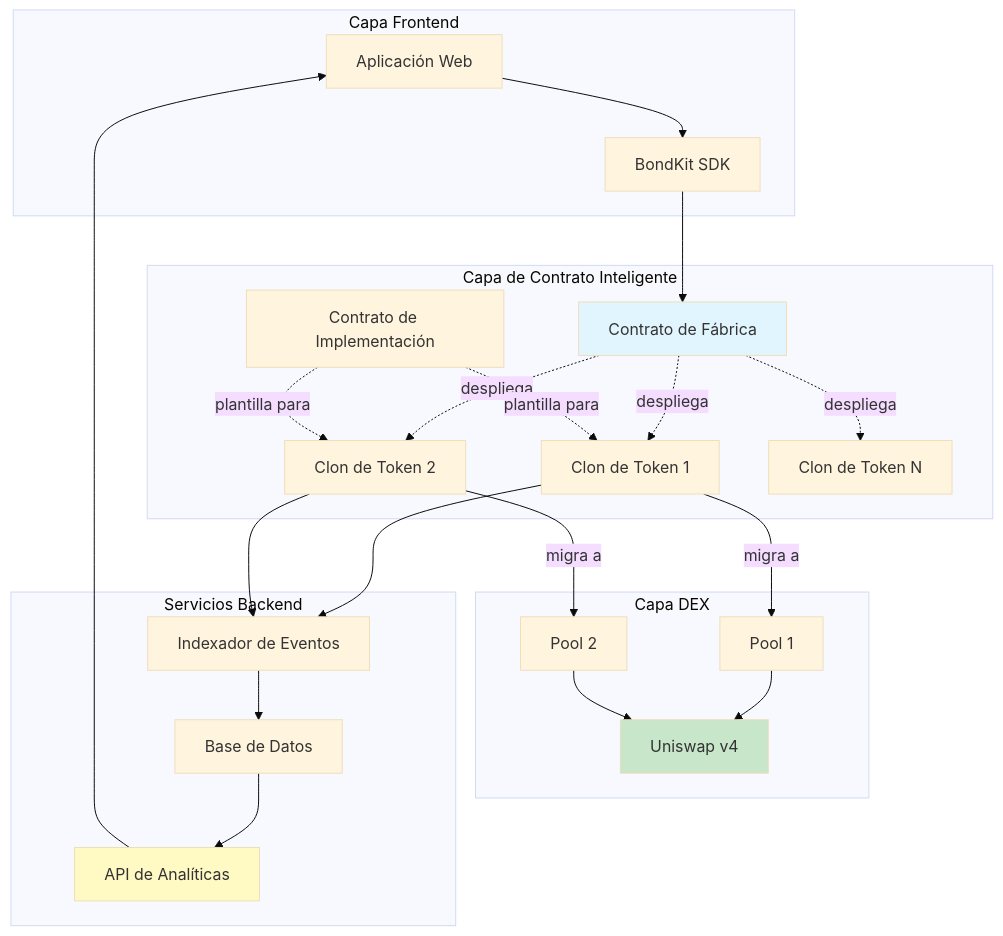
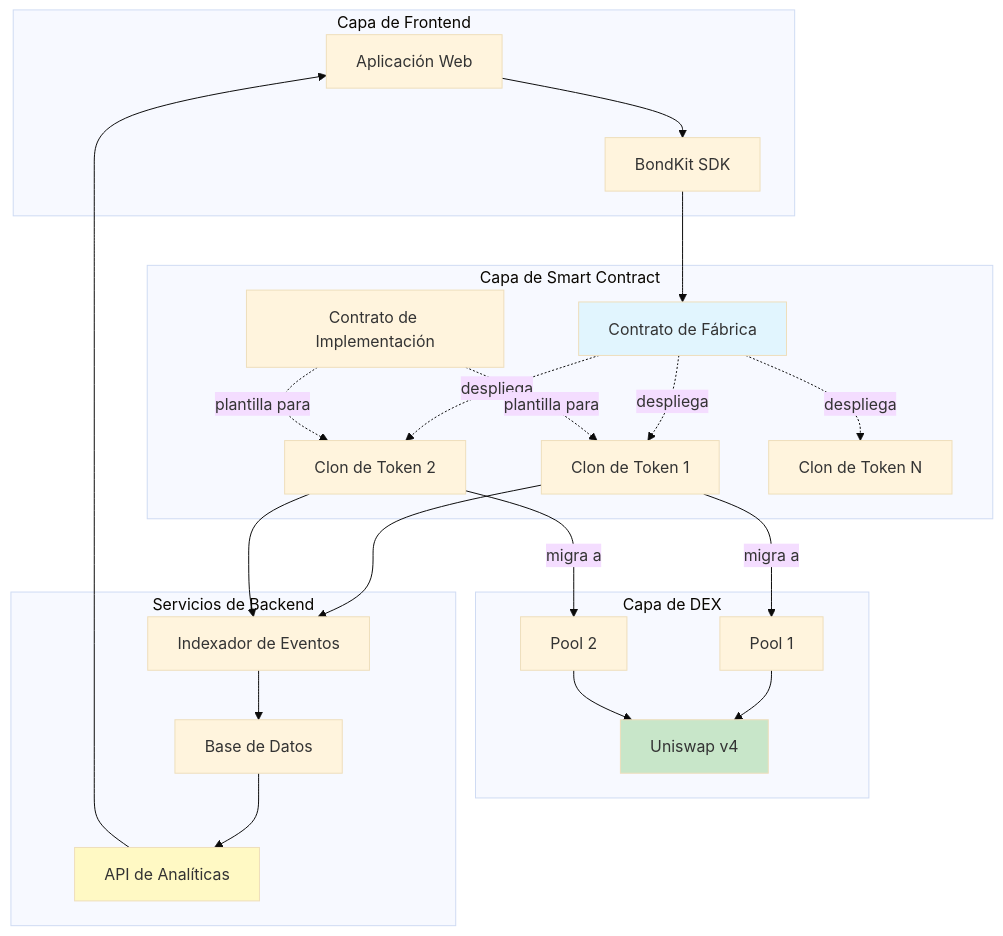
Before and after one commit to b3-fun/b3: the diagram in docs/es/bondkit/how-it-works.mdx, drawn with Mermaid (base theme). The commit also changed other lines of this file and 52 other files, not shown here.

````diff
--- a/docs/es/bondkit/how-it-works.mdx
+++ b/docs/es/bondkit/how-it-works.mdx
@@ -11,50 +11,50 @@
 ```mermaid
 graph TB
-    subgraph "Capa Frontend"
+    subgraph "Capa de Frontend"
         UI["Aplicación Web"]
         SDK["BondKit SDK"]
     end
     
-    subgraph "Capa de Contrato Inteligente"
+    subgraph "Capa de Smart Contract"
         Factory["Contrato de Fábrica"]
         Impl["Contrato de Implementación"]
         Token1["Clon de Token 1"]
         Token2["Clon de Token 2"]
         TokenN["Clon de Token N"]
     end
     
-    subgraph "Capa DEX"
+    subgraph "Capa de DEX"
         V4["Uniswap v4"]
         Pool1["Pool 1"]
         Pool2["Pool 2"]
     end
     
-    subgraph "Servicios Backend"
+    subgraph "Servicios de Backend"
         API["API de Analíticas"]
         DB["Base de Datos"]
         Indexer["Indexador de Eventos"]
     end
     
     UI --> SDK
     SDK --> Factory
     Factory -.->|despliega| Token1
     Factory -.->|despliega| Token2
     Factory -.->|despliega| TokenN
     Token1 -->|migra a| Pool1
     Token2 -->|migra a| Pool2
     Pool1 --> V4
     Pool2 --> V4
     
     Token1 --> Indexer
     Token2 --> Indexer
     Indexer --> DB
     DB --> API
     API --> UI
     
     Impl -.->|plantilla para| Token1
     Impl -.->|plantilla para| Token2
     
     style Factory fill:#e1f5fe
     style V4 fill:#c8e6c9
     style API fill:#fff9c4
 ```
````
